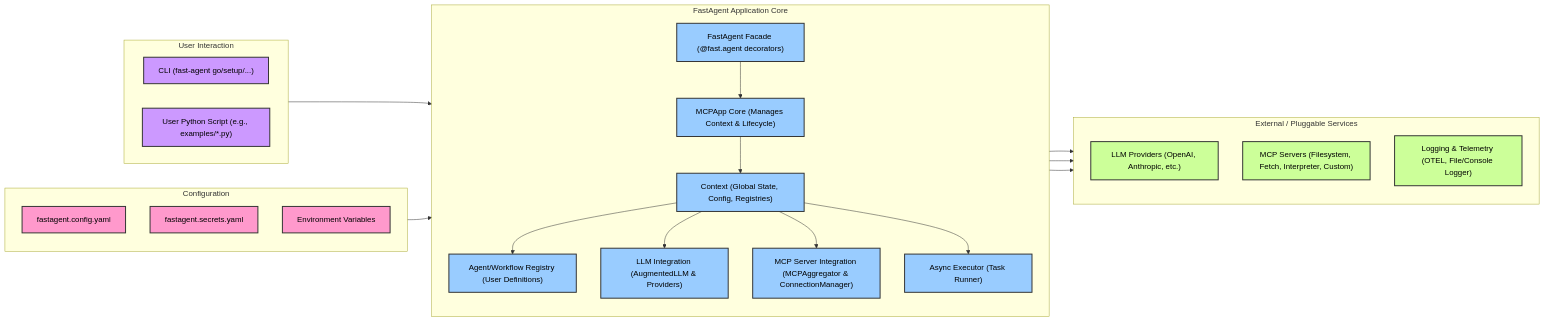
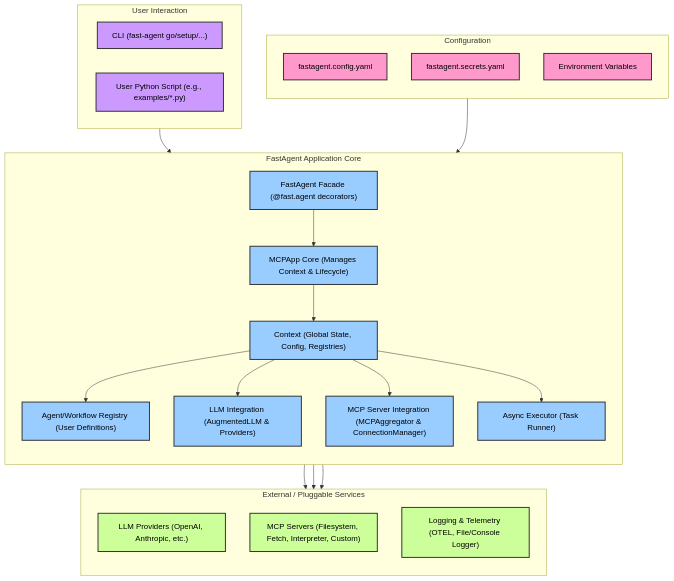
One commit to nshkrdotcom/agent_experiments changed the first of 11 diagrams in mcp/mcp-client/FAST-AGENT-SOFTWARE-DESIGN.md. Above: the diagram before and after it, drawn with Mermaid.

Commit message:
initial internal analysis vs fast-agent

````diff
--- a/mcp/mcp-client/FAST-AGENT-SOFTWARE-DESIGN.md
+++ b/mcp/mcp-client/FAST-AGENT-SOFTWARE-DESIGN.md
@@ -9,57 +9,57 @@
 ```mermaid
-graph LR
+graph TD
     subgraph UserInteraction["User Interaction"]
         direction LR
         CLI["CLI (fast-agent go/setup/...)"]
         PythonScript["User Python Script (e.g., examples/*.py)"]
     end
 
     subgraph FastAgentAppCore["FastAgent Application Core"]
         direction TB
         FastAgentFacade["FastAgent Facade (@fast.agent decorators)"]
         MCPAppCore["MCPApp Core (Manages Context & Lifecycle)"]
         ContextCore["Context (Global State, Config, Registries)"]
         AgentRegistry["Agent/Workflow Registry (User Definitions)"]
         LLMIntegration["LLM Integration (AugmentedLLM & Providers)"]
         MCPServerIntegration["MCP Server Integration (MCPAggregator & ConnectionManager)"]
         Executor["Async Executor (Task Runner)"]
     end
 
     subgraph Configuration["Configuration"]
         direction TB
         ConfigFile["fastagent.config.yaml"]
         SecretsFile["fastagent.secrets.yaml"]
         EnvVars["Environment Variables"]
     end
 
     subgraph ExternalServices["External / Pluggable Services"]
         direction TB
         LLMProviders["LLM Providers (OpenAI, Anthropic, etc.)"]
         MCPServers["MCP Servers (Filesystem, Fetch, Interpreter, Custom)"]
         LoggingTelemetry["Logging & Telemetry (OTEL, File/Console Logger)"]
     end
 
     UserInteraction --> FastAgentFacade
     FastAgentFacade --> MCPAppCore
     MCPAppCore --> ContextCore
     ContextCore --> AgentRegistry
     ContextCore --> LLMIntegration
     ContextCore --> MCPServerIntegration
     ContextCore --> Executor
 
     Configuration --> ContextCore
 
     LLMIntegration --> LLMProviders
     MCPServerIntegration --> MCPServers
     ContextCore --> LoggingTelemetry
 
     classDef userInteraction fill:#c9f,stroke:#333,stroke-width:2px,color:#000;
     classDef appCore fill:#9cf,stroke:#333,stroke-width:2px,color:#000;
     classDef configFiles fill:#f9c,stroke:#333,stroke-width:2px,color:#000;
     classDef externalSvc fill:#cf9,stroke:#333,stroke-width:2px,color:#000;
 
     class CLI,PythonScript userInteraction;
     class FastAgentFacade,MCPAppCore,ContextCore,AgentRegistry,LLMIntegration,MCPServerIntegration,Executor appCore;
     class ConfigFile,SecretsFile,EnvVars configFiles;
     class LLMProviders,MCPServers,LoggingTelemetry externalSvc;
 ```
````
